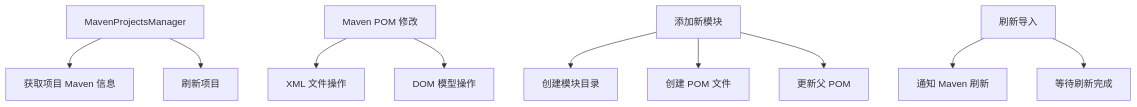
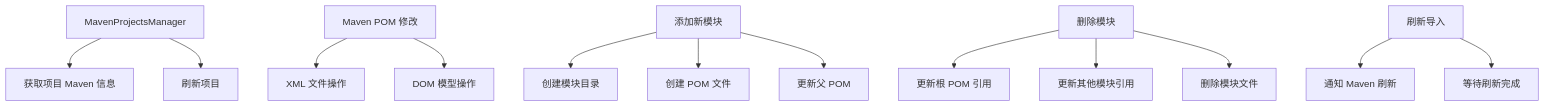
The eighth of 12 diagrams in note.md (korykim/ruoyi-vue-plus-module-fast-generator), drawn with Mermaid before and after one commit. The commit also changed other lines of this file, not shown here.

````diff
--- a/note.md
+++ b/note.md
@@ -217,15 +236,19 @@
 ```mermaid
 graph TD
     A[MavenProjectsManager] --> B[获取项目 Maven 信息]
     A --> C[刷新项目]
     
     D[Maven POM 修改] --> E[XML 文件操作]
     D --> F[DOM 模型操作]
     
     G[添加新模块] --> H[创建模块目录]
     G --> I[创建 POM 文件]
     G --> J[更新父 POM]
     
-    K[刷新导入] --> L[通知 Maven 刷新]
-    K --> M[等待刷新完成]
+    K[删除模块] --> L[更新根 POM 引用]
+    K --> M[更新其他模块引用]
+    K --> N[删除模块文件]
+    
+    O[刷新导入] --> P[通知 Maven 刷新]
+    O --> Q[等待刷新完成]
 ```
````
